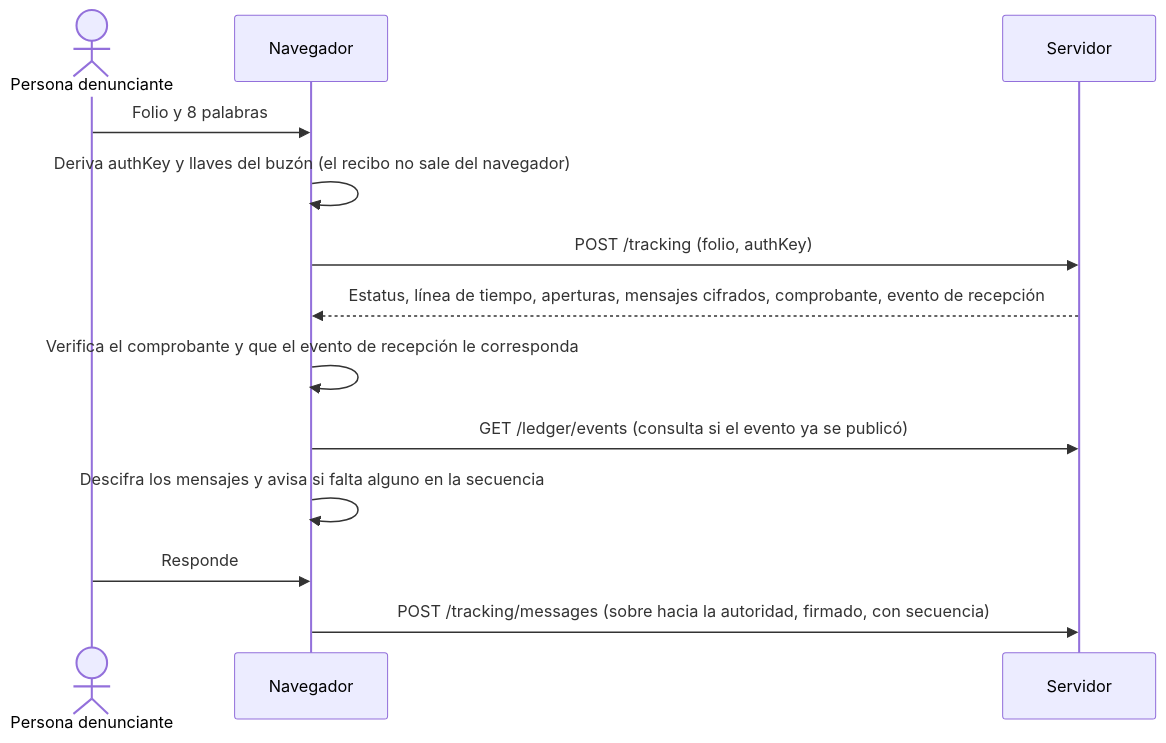
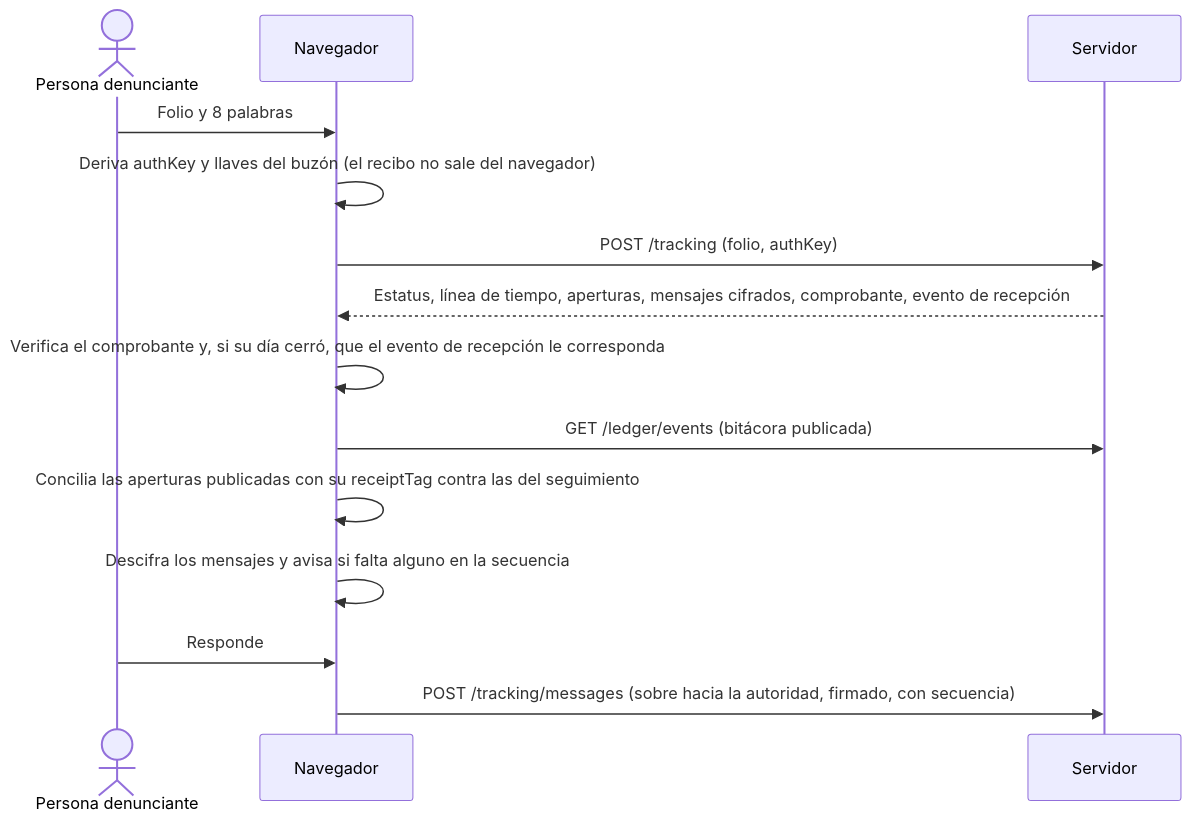
The fourth of 5 diagrams in docs/arquitectura.md (GuilleOp/sigilo-s5), drawn with Mermaid before and after one commit. The commit also changed other lines of this file and 8 other files, not shown here.

````diff
--- a/docs/arquitectura.md
+++ b/docs/arquitectura.md
@@ -109,15 +113,16 @@
 ```mermaid
 sequenceDiagram
   actor D as Persona denunciante
   participant W as Navegador
   participant S as Servidor
   D->>W: Folio y 8 palabras
   W->>W: Deriva authKey y llaves del buzón (el recibo no sale del navegador)
   W->>S: POST /tracking (folio, authKey)
   S-->>W: Estatus, línea de tiempo, aperturas, mensajes cifrados, comprobante, evento de recepción
-  W->>W: Verifica el comprobante y que el evento de recepción le corresponda
-  W->>S: GET /ledger/events (consulta si el evento ya se publicó)
+  W->>W: Verifica el comprobante y, si su día cerró, que el evento de recepción le corresponda
+  W->>S: GET /ledger/events (bitácora publicada)
+  W->>W: Concilia las aperturas publicadas con su receiptTag contra las del seguimiento
   W->>W: Descifra los mensajes y avisa si falta alguno en la secuencia
   D->>W: Responde
   W->>S: POST /tracking/messages (sobre hacia la autoridad, firmado, con secuencia)
 ```
````
